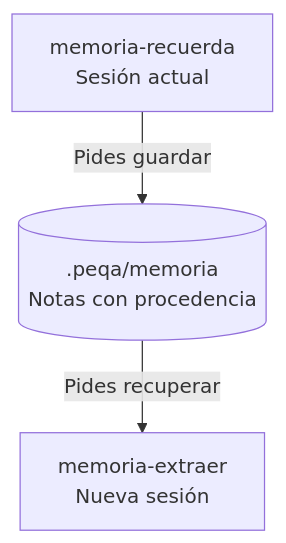
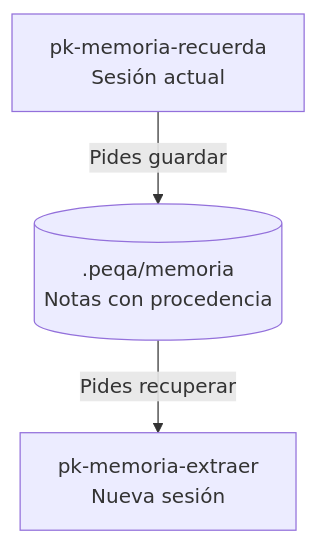
One commit to peqa-ai/peqa-workflows changed the second of 2 diagrams in README.md. Above: the diagram before and after it, drawn with Mermaid. The commit also changed other lines of this file and 27 other files, not shown here.

````diff
--- a/README.md
+++ b/README.md
@@ -52,12 +52,12 @@
 ```mermaid
 flowchart TD
     accTitle: Memoria del proyecto entre dos sesiones
-    accDescr: A petición del usuario, memoria-recuerda guarda notas con procedencia en el proyecto. En otra sesión, memoria-extraer consulta ese almacén y devuelve notas y fuentes sin modificarlas.
+    accDescr: A petición del usuario, pk-memoria-recuerda guarda notas con procedencia en el proyecto. En otra sesión, pk-memoria-extraer consulta ese almacén y devuelve notas y fuentes sin modificarlas.
 
-    actual["memoria-recuerda<br/>Sesión actual"]
+    actual["pk-memoria-recuerda<br/>Sesión actual"]
     memoria[(".peqa/memoria<br/>Notas con procedencia")]
-    nueva["memoria-extraer<br/>Nueva sesión"]
+    nueva["pk-memoria-extraer<br/>Nueva sesión"]
 
     actual -->|Pides guardar| memoria
     memoria -->|Pides recuperar| nueva
 ```
````
